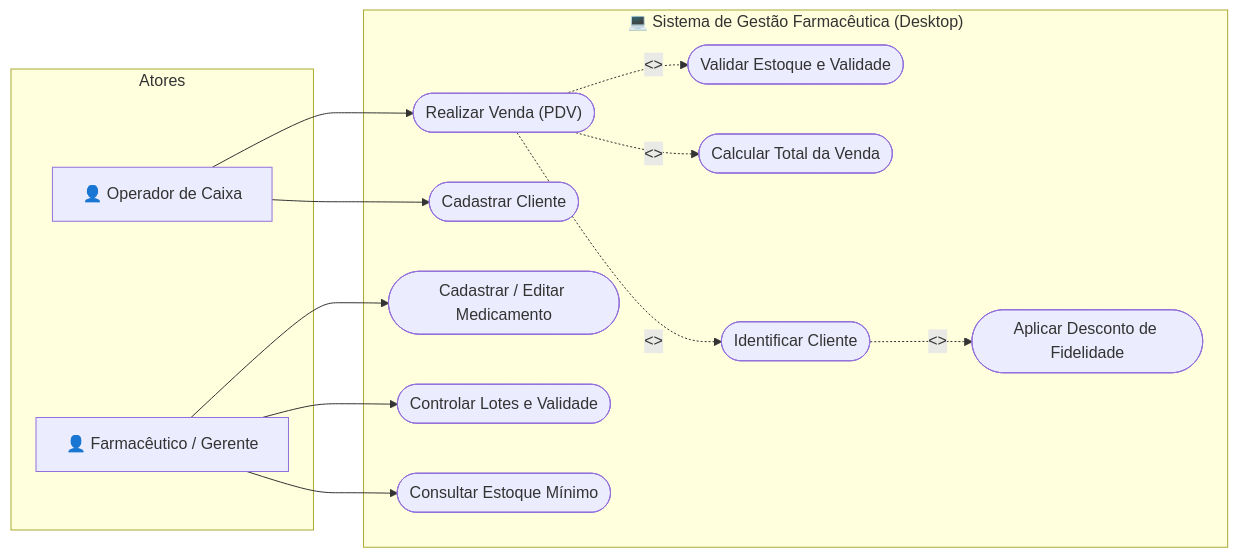
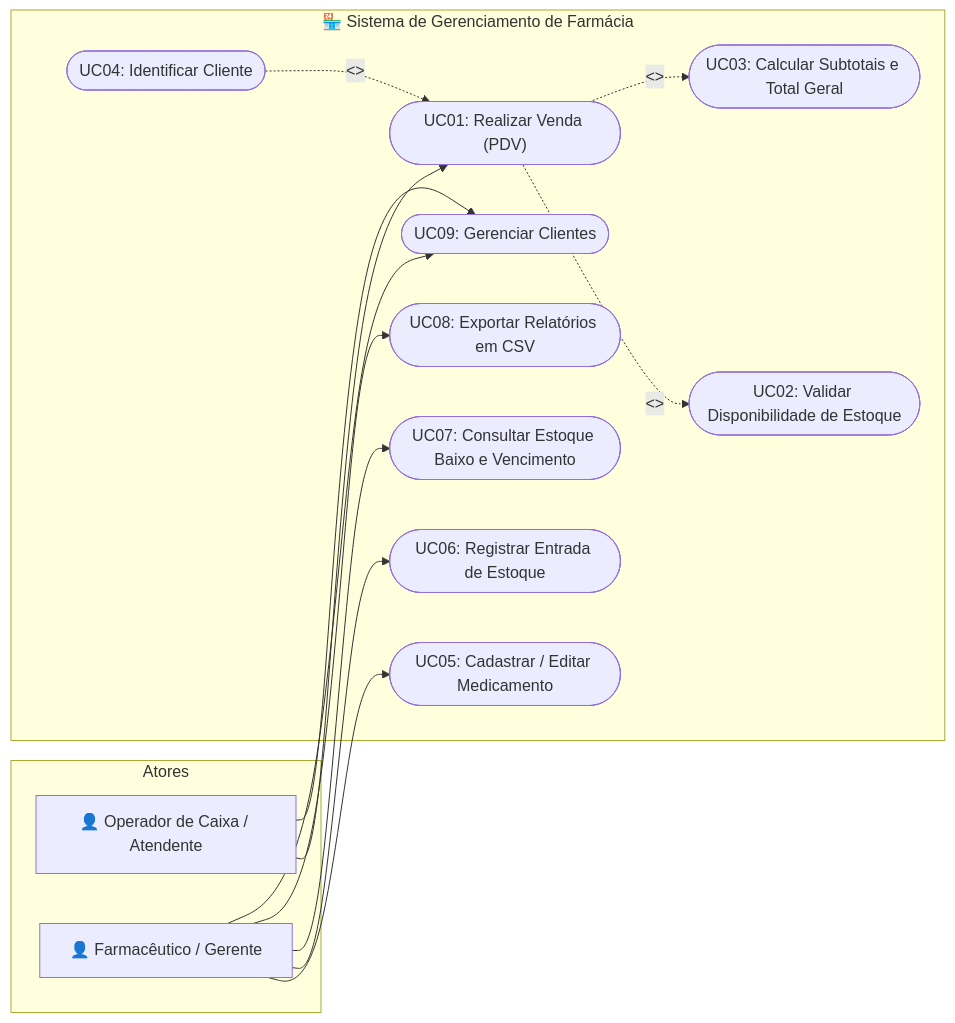
Before and after one commit to kawezito/projeto-mauricio-segundo-periodo: the first of 2 diagrams in docs/casos_de_uso_mvp.md, drawn with Mermaid. The commit also changed other lines of this file and 69 other files, not shown here.

Commit message:
feat: implementar núcleo do sistema de farmácia com persistência em arquivos (JSON e CSV), terminal CLI interativo, casos de uso e histórias de usuário (Valente, Cap. 3)

````diff
--- a/docs/casos_de_uso_mvp.md
+++ b/docs/casos_de_uso_mvp.md
@@ -178,37 +122,35 @@
 ```mermaid
-graph LR
-    %% Atores
+flowchart LR
     subgraph Atores
-        Operador["👤 Operador de Caixa"]
+        Operador["👤 Operador de Caixa / Atendente"]
         Farmaceutico["👤 Farmacêutico / Gerente"]
     end
 
-    %% Fronteira do Sistema
-    subgraph Sistema_Farmacia["💻 Sistema de Gestão Farmacêutica (Desktop)"]
-        UC_Venda(["Realizar Venda (PDV)"])
-        UC_IdentificarCliente(["Identificar Cliente"])
-        UC_ValidarEstoque(["Validar Estoque e Validade"])
-        UC_CalcularTotal(["Calcular Total da Venda"])
-        UC_DescontoFidelidade(["Aplicar Desconto de Fidelidade"])
-        
-        UC_CadastrarProd(["Cadastrar / Editar Medicamento"])
-        UC_ConsultarValidade(["Controlar Lotes e Validade"])
-        UC_ConsultarEstoqueMin(["Consultar Estoque Mínimo"])
-        UC_CadastrarCliente(["Cadastrar Cliente"])
+    subgraph Sistema["🏪 Sistema de Gerenciamento de Farmácia"]
+        UC01(["UC01: Realizar Venda (PDV)"])
+        UC02(["UC02: Validar Disponibilidade de Estoque"])
+        UC03(["UC03: Calcular Subtotais e Total Geral"])
+        UC04(["UC04: Identificar Cliente"])
+        UC05(["UC05: Cadastrar / Editar Medicamento"])
+        UC06(["UC06: Registrar Entrada de Estoque"])
+        UC07(["UC07: Consultar Estoque Baixo e Vencimento"])
+        UC08(["UC08: Exportar Relatórios em CSV"])
+        UC09(["UC09: Gerenciar Clientes"])
     end
 
-    %% Relacionamentos do Operador
-    Operador --> UC_Venda
-    Operador --> UC_CadastrarCliente
+    %% Ligações do Operador de Caixa
+    Operador --> UC01
+    Operador --> UC09
 
-    %% Inclusões e Extensões da Venda
-    UC_Venda -.->|"<<include>>"| UC_ValidarEstoque
-    UC_Venda -.->|"<<include>>"| UC_CalcularTotal
-    UC_Venda -.->|"<<extend>>"| UC_IdentificarCliente
-    UC_IdentificarCliente -.->|"<<extend>>"| UC_DescontoFidelidade
+    %% Inclusões e Extensões da Venda (Conforme Valente Cap. 3)
+    UC01 -.->|"<<include>>"| UC02
+    UC01 -.->|"<<include>>"| UC03
+    UC04 -.->|"<<extend>>"| UC01
 
-    %% Relacionamentos do Farmacêutico
-    Farmaceutico --> UC_CadastrarProd
-    Farmaceutico --> UC_ConsultarValidade
-    Farmaceutico --> UC_ConsultarEstoqueMin
+    %% Ligações do Farmacêutico / Gerente
+    Farmaceutico --> UC05
+    Farmaceutico --> UC06
+    Farmaceutico --> UC07
+    Farmaceutico --> UC08
+    Farmaceutico --> UC09
 ```
````
